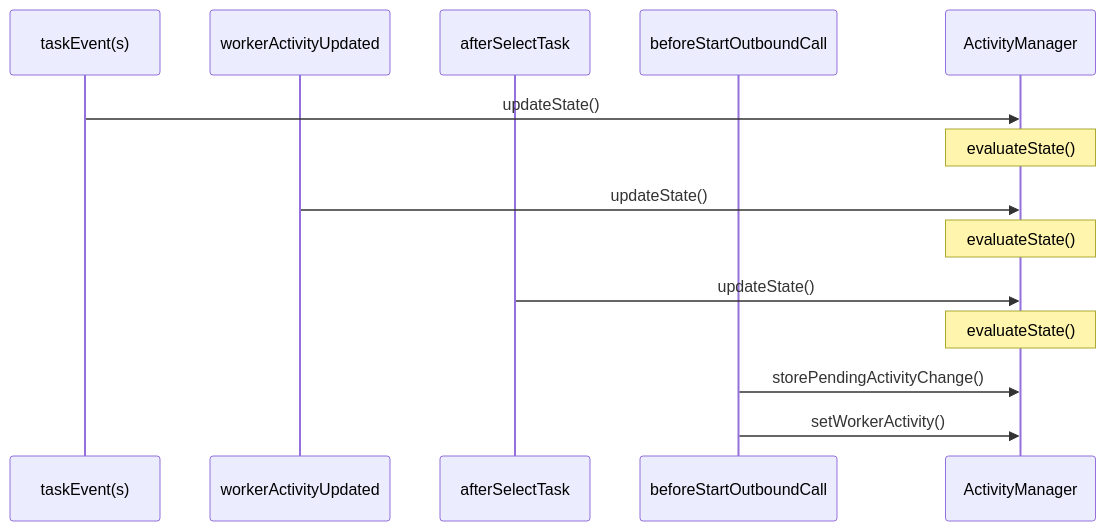
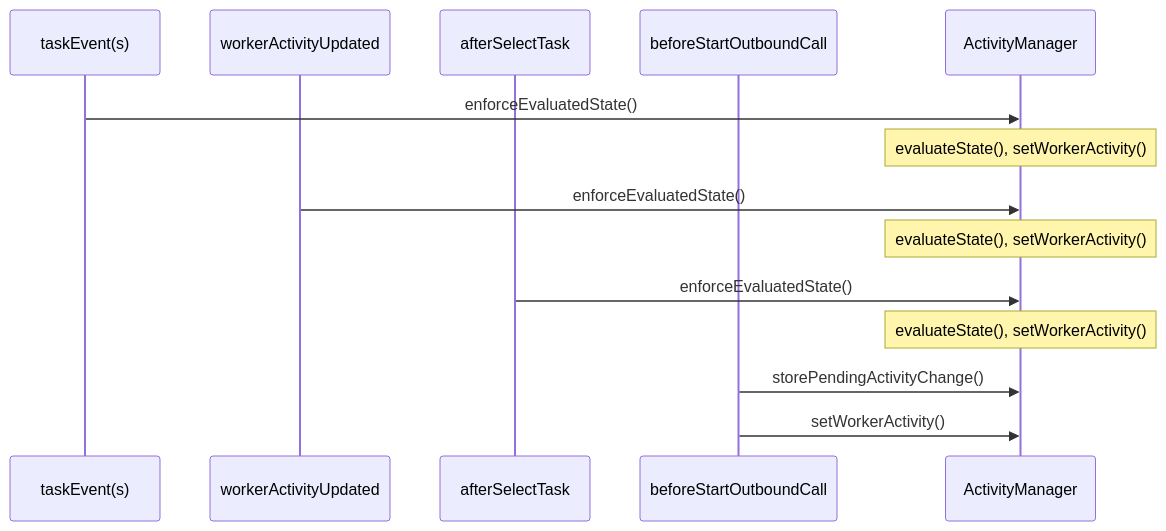
One commit to twilio-professional-services/flex-project-template changed the diagram in docs/docs/feature-library/activity-reservation-handler.md. Above: the diagram before and after it, drawn with Mermaid. The commit also changed other lines of this file and 19 other files, not shown here.

````diff
--- a/docs/docs/feature-library/activity-reservation-handler.md
+++ b/docs/docs/feature-library/activity-reservation-handler.md
@@ -56,15 +56,15 @@
 ```mermaid
 sequenceDiagram
     participant taskEvent(s)
     participant workerActivityUpdated
     participant afterSelectTask
     participant beforeStartOutboundCall
-    taskEvent(s)->>ActivityManager: updateState()
-    Note over ActivityManager: evaluateState()
-    workerActivityUpdated->>ActivityManager: updateState()
-    Note over ActivityManager: evaluateState()
-    afterSelectTask->>ActivityManager: updateState()
-    Note over ActivityManager: evaluateState()
+    taskEvent(s)->>ActivityManager: enforceEvaluatedState()
+    Note over ActivityManager: evaluateState(), setWorkerActivity()
+    workerActivityUpdated->>ActivityManager: enforceEvaluatedState()
+    Note over ActivityManager: evaluateState(), setWorkerActivity()
+    afterSelectTask->>ActivityManager: enforceEvaluatedState()
+    Note over ActivityManager: evaluateState(), setWorkerActivity()
     beforeStartOutboundCall->>ActivityManager: storePendingActivityChange()
     beforeStartOutboundCall->>ActivityManager: setWorkerActivity()
 ```
````
